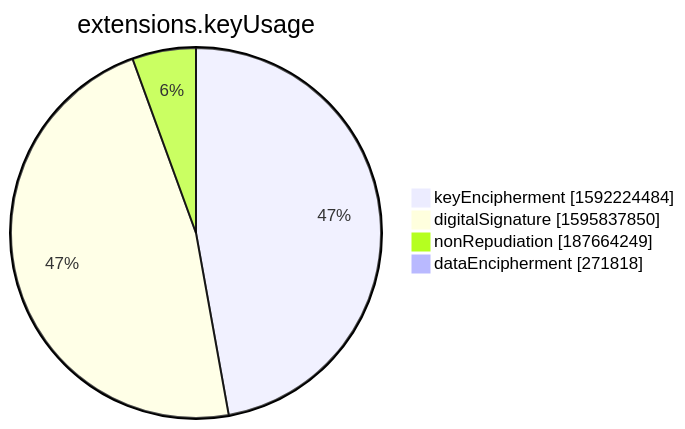
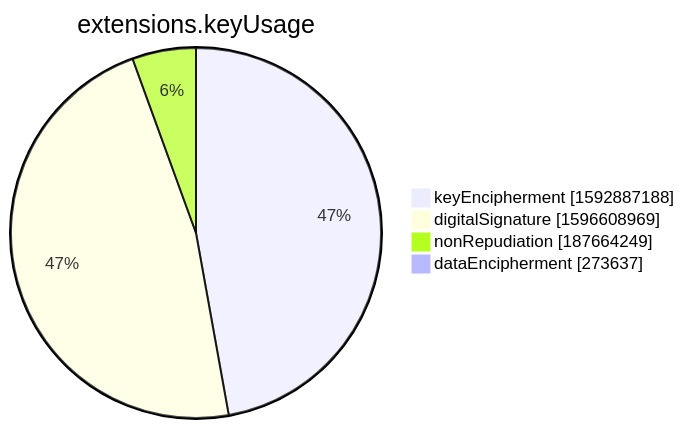
The seventh of 15 diagrams in xenon2022/README.md (christiankrug/ctmonitor_visualization), drawn with Mermaid before and after one commit. The commit also changed other lines of this file, not shown here.

````diff
--- a/xenon2022/README.md
+++ b/xenon2022/README.md
@@ -2854,8 +2854,8 @@
 ```mermaid
 pie showData
 title extensions.keyUsage
-"keyEncipherment" :1592224484
-"digitalSignature" :1595837850
+"keyEncipherment" :1592887188
+"digitalSignature" :1596608969
 "nonRepudiation" :187664249
-"dataEncipherment" :271818
+"dataEncipherment" :273637
 ```
````
